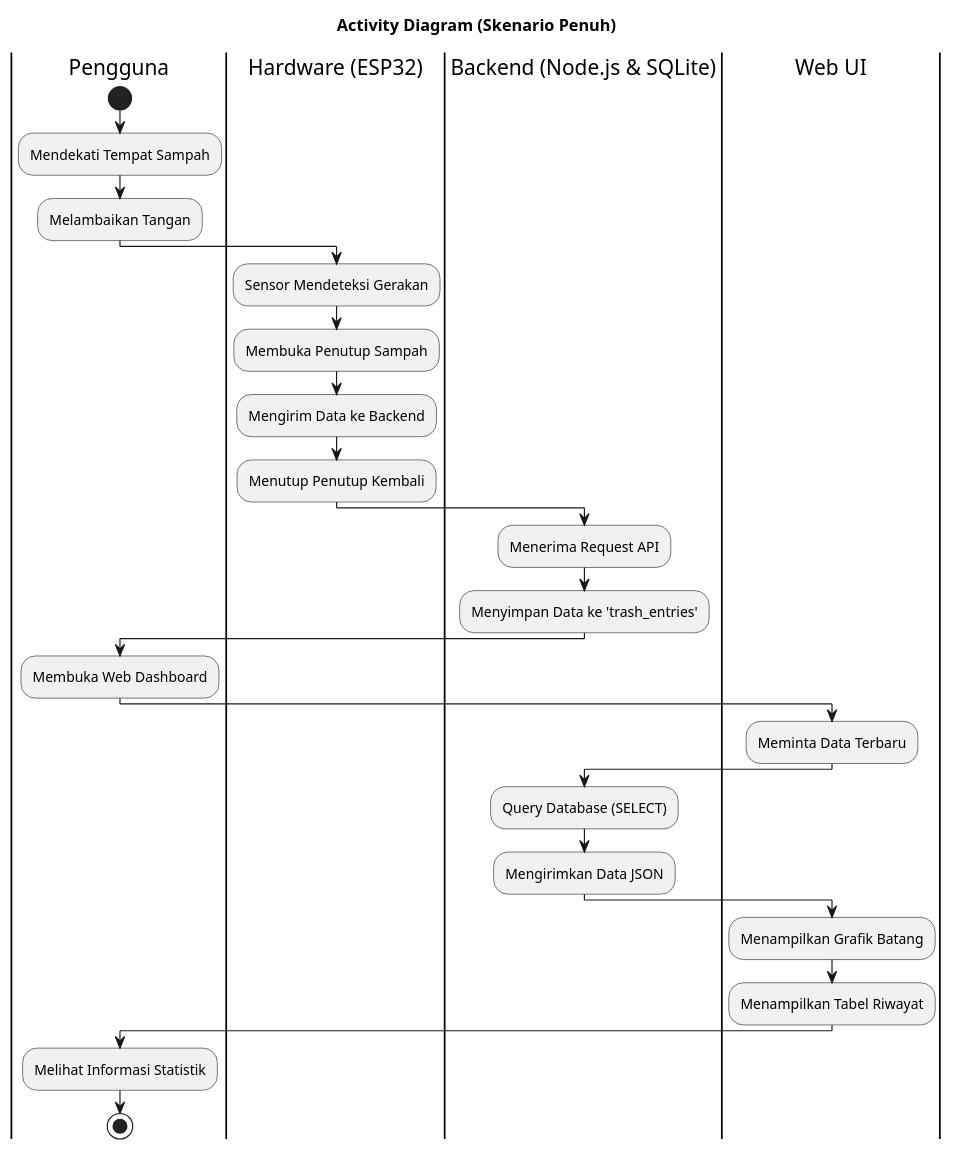
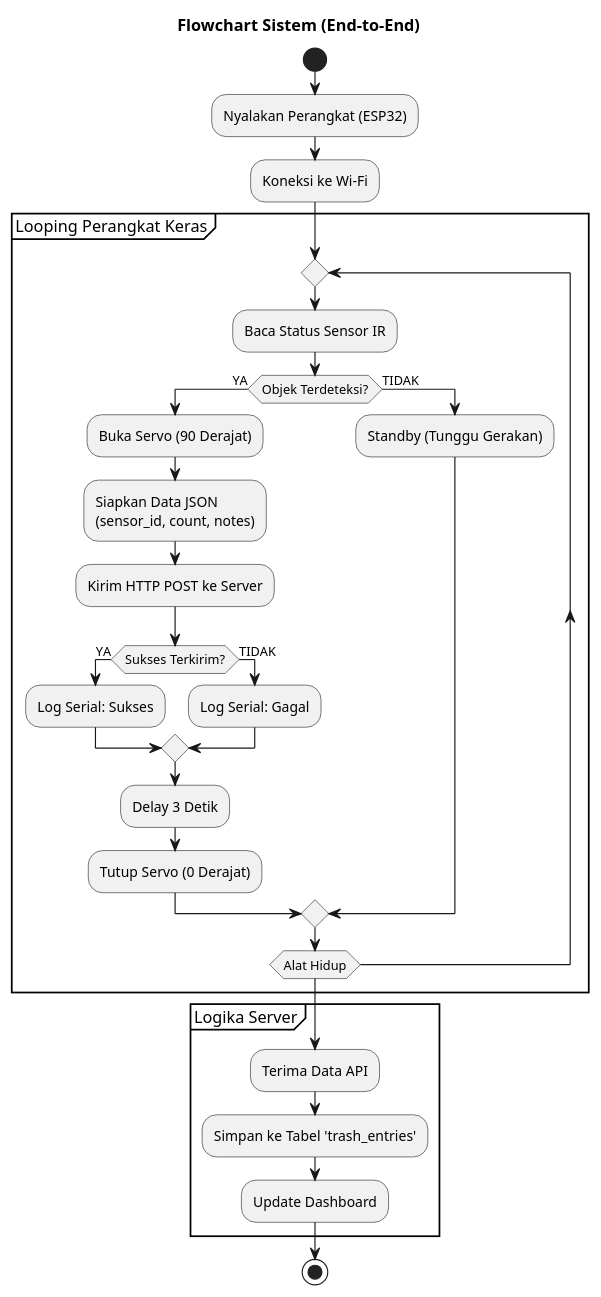
One commit to C-PPAW-TI503P-2025/PROJECT_KELOMPOK-2_INFRARED changed the diagram in diagram/flowchart.puml. Above: the diagram before and after it, drawn with PlantUML. The commit also changed 2 other files, not shown here.

Commit message:
Perbaikan dan penataan ulang file diagram UML pada folder diagram

```diff
--- a/diagram/flowchart.puml
+++ b/diagram/flowchart.puml
@@ -1,36 +1,40 @@
 @startuml
-title Activity Diagram (Skenario Penuh)
+title Flowchart Sistem (End-to-End)
 
-|Pengguna|
 start
-:Mendekati Tempat Sampah;
-:Melambaikan Tangan;
+:Nyalakan Perangkat (ESP32);
+:Koneksi ke Wi-Fi;
 
-|Hardware (ESP32)|
-:Sensor Mendeteksi Gerakan;
-:Membuka Penutup Sampah;
-:Mengirim Data ke Backend;
-:Menutup Penutup Kembali;
+partition "Looping Perangkat Keras" {
+  repeat
+    :Baca Status Sensor IR;
+    if (Objek Terdeteksi?) then (YA)
+      :Buka Servo (90 Derajat);
+      
+      :Siapkan Data JSON
+      (sensor_id, count, notes);
+      
+      :Kirim HTTP POST ke Server;
+      
+      if (Sukses Terkirim?) then (YA)
+        :Log Serial: Sukses;
+      else (TIDAK)
+        :Log Serial: Gagal;
+      endif
+      
+      :Delay 3 Detik;
+      :Tutup Servo (0 Derajat);
+    else (TIDAK)
+      :Standby (Tunggu Gerakan);
+    endif
+  repeat while (Alat Hidup)
+}
 
-|Backend (Node.js & SQLite)|
-:Menerima Request API;
-:Menyimpan Data ke 'trash_entries';
+partition "Logika Server" {
+  :Terima Data API;
+  :Simpan ke Tabel 'trash_entries';
+  :Update Dashboard;
+}
 
-|Pengguna|
-:Membuka Web Dashboard;
-
-|Web UI|
-:Meminta Data Terbaru;
-
-|Backend (Node.js & SQLite)|
-:Query Database (SELECT);
-:Mengirimkan Data JSON;
-
-|Web UI|
-:Menampilkan Grafik Batang;
-:Menampilkan Tabel Riwayat;
-
-|Pengguna|
-:Melihat Informasi Statistik;
 stop
 @enduml
```
